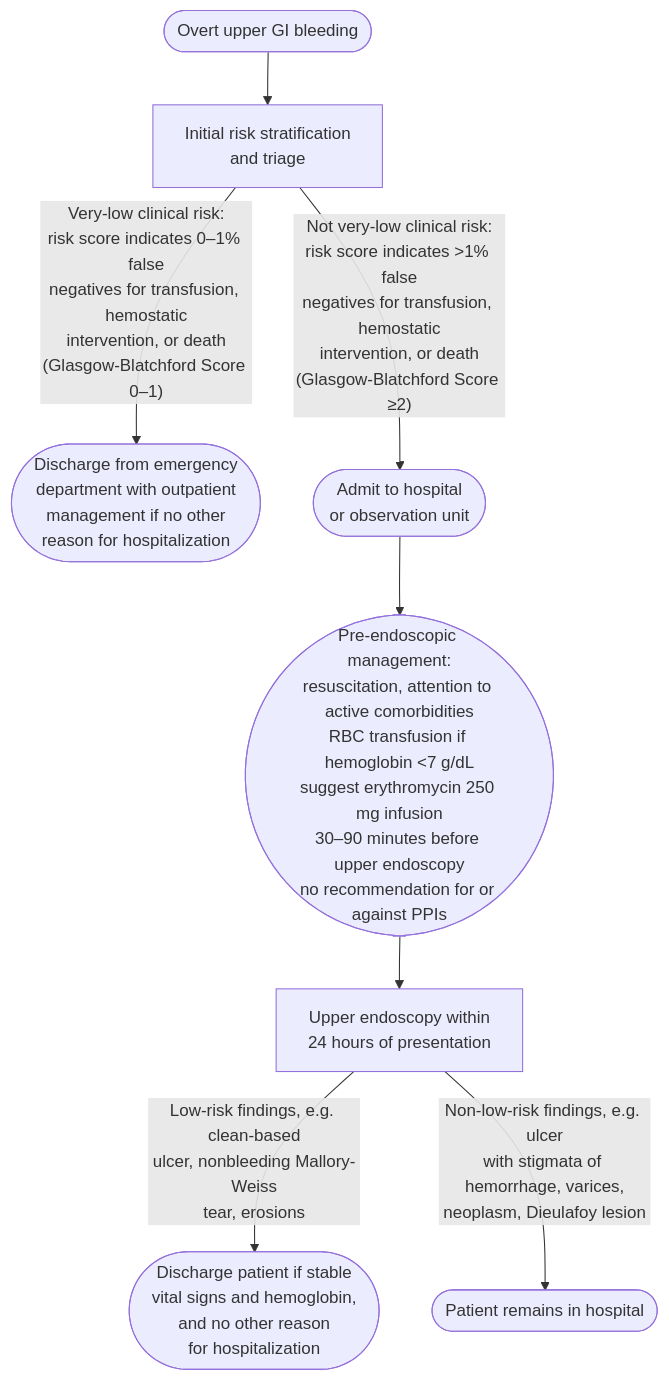
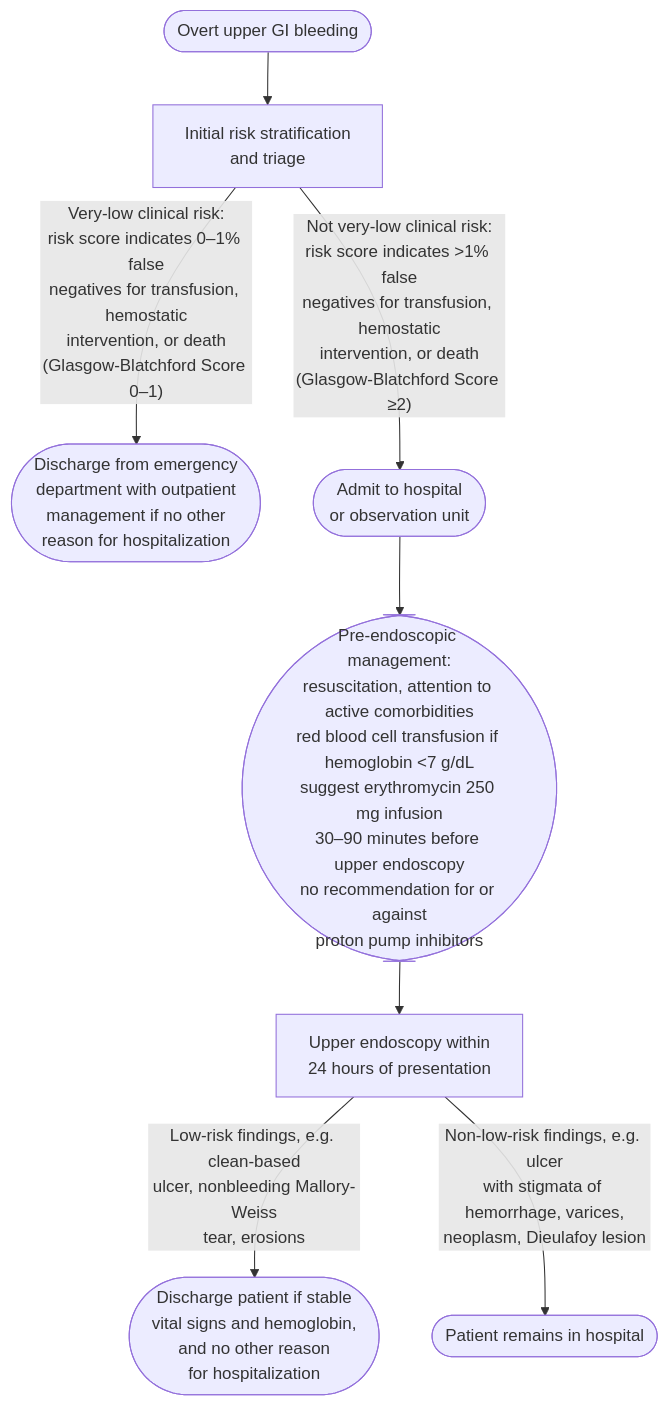
The first of 2 diagrams in KHNL-GI-Wiki/wiki/2-diagnostic-schemas/upper-gi-bleeding.md (KHNickLeMD/KHNL-GI-Wiki), drawn with Mermaid before and after one commit. The commit also changed other lines of this file and 22 other files, not shown here.

First line of the commit message:
lint: quality review run 2 — gallbladder-polyps, upper-gi-bleeding, colonoscopy-surveillance, capsule-endoscopy, ursodeoxycholic-acid reviewed + verified; 7 source pages verified; copies fixed

````diff
--- a/KHNL-GI-Wiki/wiki/2-diagnostic-schemas/upper-gi-bleeding.md
+++ b/KHNL-GI-Wiki/wiki/2-diagnostic-schemas/upper-gi-bleeding.md
@@ -107,13 +92,13 @@
 ```mermaid
 flowchart TD
     A(["Overt upper GI bleeding"]) --> R["Initial risk stratification<br/>and triage"]
     R -- "Very-low clinical risk:<br/>risk score indicates 0–1% false<br/>negatives for transfusion, hemostatic<br/>intervention, or death<br/>(Glasgow-Blatchford Score 0–1)" --> D(["Discharge from emergency<br/>department with outpatient<br/>management if no other<br/>reason for hospitalization"])
     R -- "Not very-low clinical risk:<br/>risk score indicates >1% false<br/>negatives for transfusion, hemostatic<br/>intervention, or death<br/>(Glasgow-Blatchford Score ≥2)" --> H(["Admit to hospital<br/>or observation unit"])
-    H --> P(["Pre-endoscopic management:<br/>resuscitation, attention to active comorbidities<br/>RBC transfusion if hemoglobin <7 g/dL<br/>suggest erythromycin 250 mg infusion<br/>30–90 minutes before upper endoscopy<br/>no recommendation for or against PPIs"])
+    H --> P(["Pre-endoscopic management:<br/>resuscitation, attention to active comorbidities<br/>red blood cell transfusion if hemoglobin <7 g/dL<br/>suggest erythromycin 250 mg infusion<br/>30–90 minutes before upper endoscopy<br/>no recommendation for or against<br/>proton pump inhibitors"])
     P --> E["Upper endoscopy within<br/>24 hours of presentation"]
     E -- "Low-risk findings, e.g. clean-based<br/>ulcer, nonbleeding Mallory-Weiss<br/>tear, erosions" --> X(["Discharge patient if stable<br/>vital signs and hemoglobin,<br/>and no other reason<br/>for hospitalization"])
     E -- "Non-low-risk findings, e.g. ulcer<br/>with stigmata of hemorrhage, varices,<br/>neoplasm, Dieulafoy lesion" --> Y(["Patient remains in hospital"])
     class A start
     class R,E test
     class D,H,P,X,Y act
 ```
````
